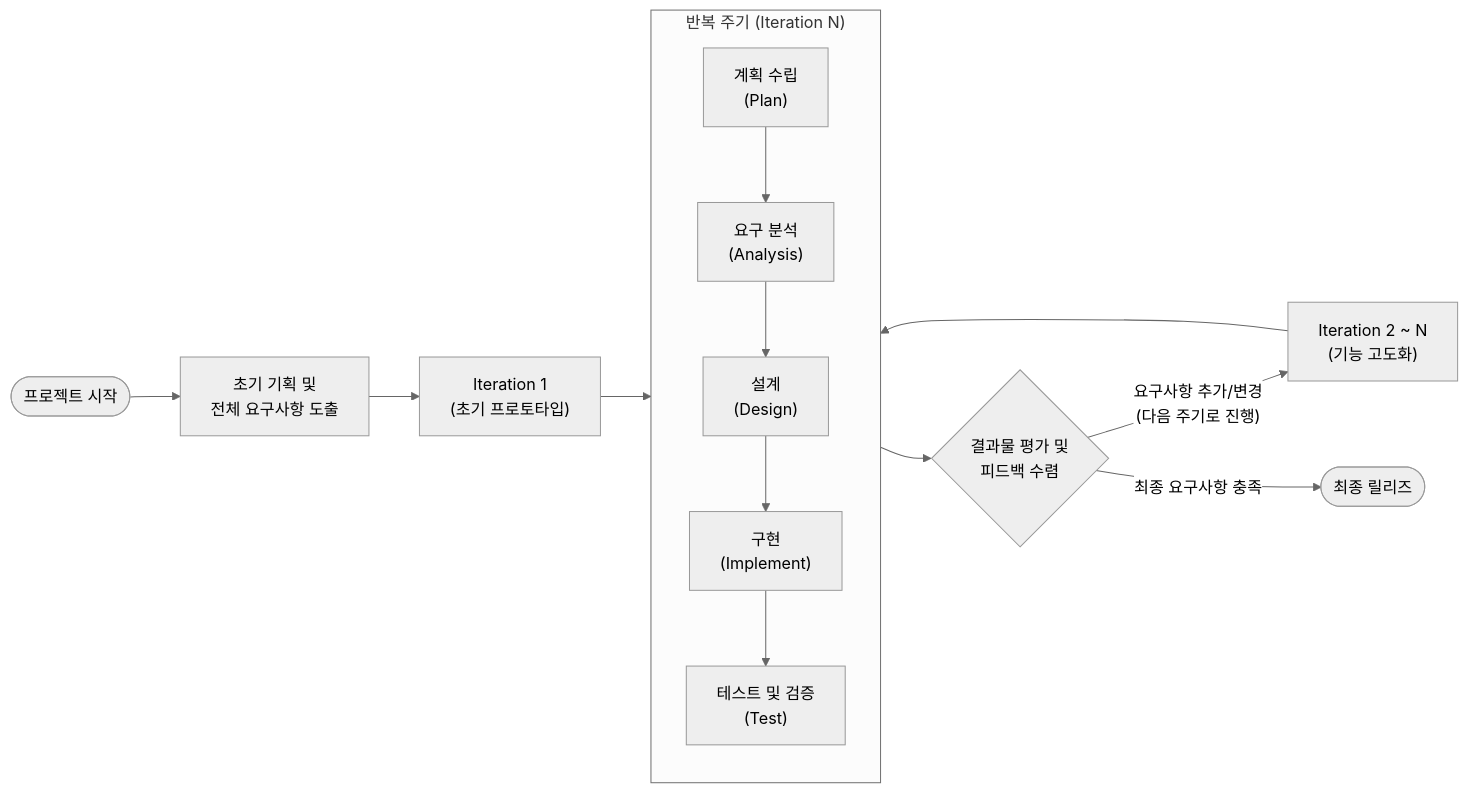
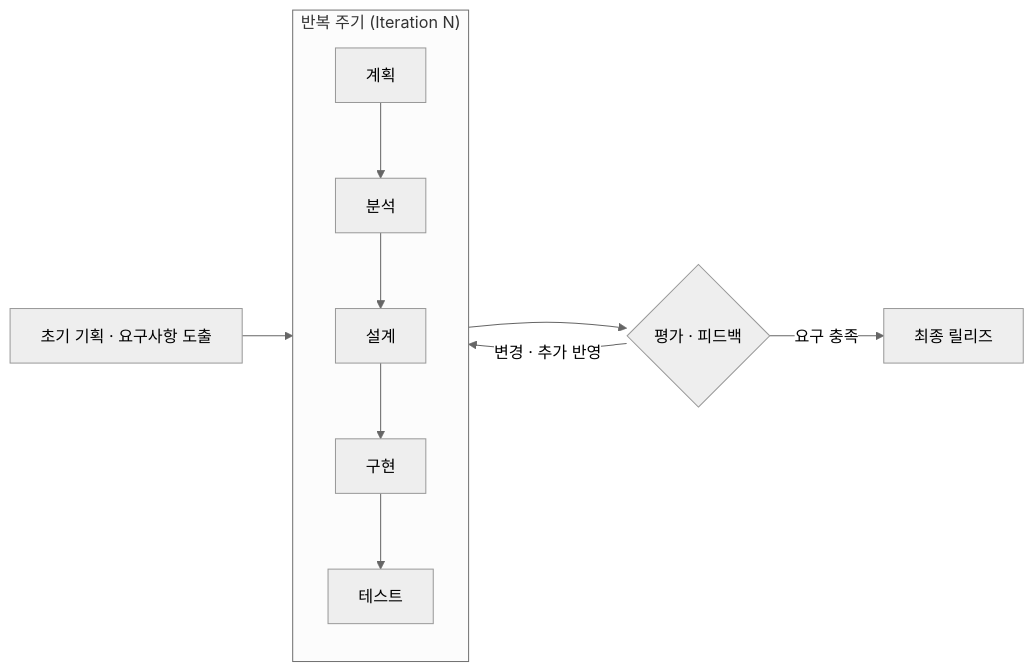
One commit to supremethumb/supremethumb.github.io changed the diagram in content/01_IT Tech/반복적 개발 모델.md. Above: the diagram before and after it, drawn with Mermaid (neutral theme). The commit also changed other lines of this file and 1087 other files, not shown here.

````diff
--- a/content/01_IT Tech/반복적 개발 모델.md
+++ b/content/01_IT Tech/반복적 개발 모델.md
@@ -34,21 +35,11 @@
 ```mermaid
 flowchart LR
-    Start([프로젝트 시작]) --> Init[초기 기획 및\n전체 요구사항 도출]
-    Init --> IT1
-    
-    subgraph Iteration_Cycle ["반복 주기 (Iteration N)"]
+    S["초기 기획 · 요구사항 도출"] --> C
+    subgraph C ["반복 주기 (Iteration N)"]
         direction TB
-        Plan["계획 수립\n(Plan)"] --> Analysis["요구 분석\n(Analysis)"]
-        Analysis --> Design["설계\n(Design)"]
-        Design --> Implement["구현\n(Implement)"]
-        Implement --> Test["테스트 및 검증\n(Test)"]
+        P["계획"] --> A["분석"] --> D["설계"] --> I["구현"] --> T["테스트"]
     end
-
-    IT1["Iteration 1\n(초기 프로토타입)"] --> Iteration_Cycle
-    Iteration_Cycle --> Eval{"결과물 평가 및\n피드백 수렴"}
-    Eval -- "요구사항 추가/변경\n(다음 주기로 진행)" --> IT2["Iteration 2 ~ N\n(기능 고도화)"]
-    IT2 --> Iteration_Cycle
-    
-    Eval -- "최종 요구사항 충족" --> Release([최종 릴리즈])
-
+    C --> E{"평가 · 피드백"}
+    E -- "변경 · 추가 반영" --> C
+    E -- "요구 충족" --> R["최종 릴리즈"]
 ```
````
